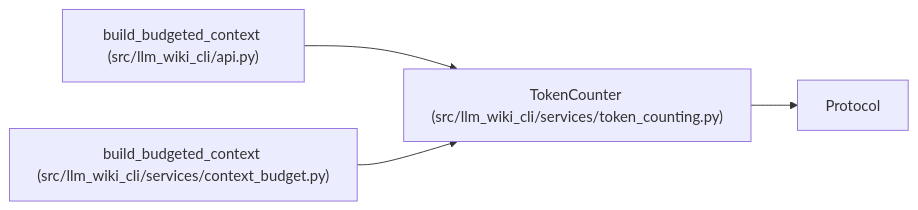
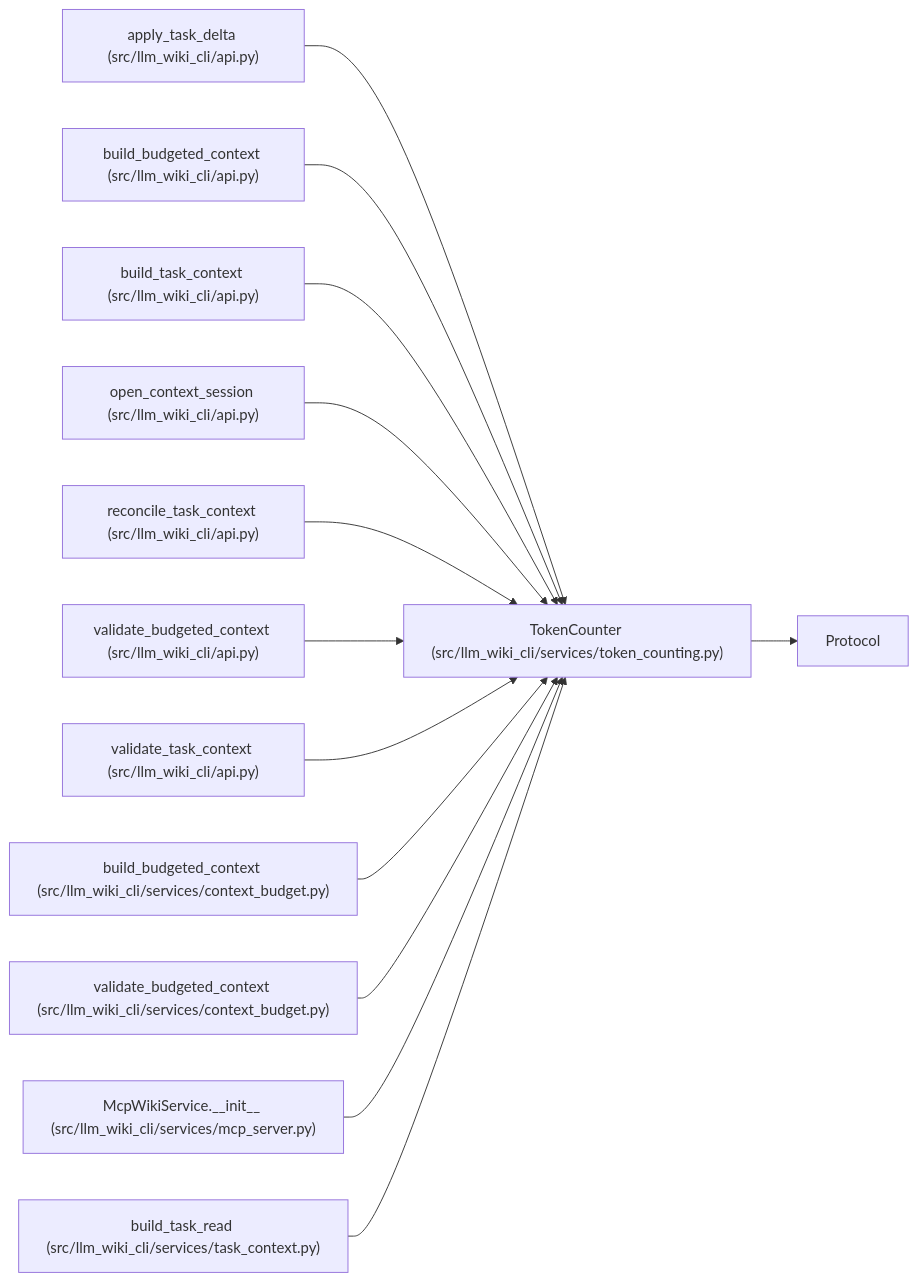
The diagram in docs/llm_wiki/entities/TokenCounter.md (Denissvgn/python-wiki-llm), drawn with Mermaid before and after one commit. The commit also changed other lines of this file and 865 other files, not shown here.

````diff
--- a/docs/llm_wiki/entities/TokenCounter.md
+++ b/docs/llm_wiki/entities/TokenCounter.md
@@ -28,13 +28,40 @@
 ```mermaid
 flowchart LR
     n0["TokenCounter (src/llm_wiki_cli/services/token_counting.py)"]
     n1["Protocol"]
-    n2["build_budgeted_context (src/llm_wiki_cli/api.py)"]
-    n3["build_budgeted_context (src/llm_wiki_cli/services/context_budget.py)"]
+    n2["apply_task_delta (src/llm_wiki_cli/api.py)"]
+    n3["build_budgeted_context (src/llm_wiki_cli/api.py)"]
+    n4["build_task_context (src/llm_wiki_cli/api.py)"]
+    n5["open_context_session (src/llm_wiki_cli/api.py)"]
+    n6["reconcile_task_context (src/llm_wiki_cli/api.py)"]
+    n7["validate_budgeted_context (src/llm_wiki_cli/api.py)"]
+    n8["validate_task_context (src/llm_wiki_cli/api.py)"]
+    n9["build_budgeted_context (src/llm_wiki_cli/services/context_budget.py)"]
+    n10["validate_budgeted_context (src/llm_wiki_cli/services/context_budget.py)"]
+    n11["McpWikiService.__init__ (src/llm_wiki_cli/services/mcp_server.py)"]
+    n12["build_task_read (src/llm_wiki_cli/services/task_context.py)"]
     n0 --> n1
     n2 --> n0
     n3 --> n0
+    n4 --> n0
+    n5 --> n0
+    n6 --> n0
+    n7 --> n0
+    n8 --> n0
+    n9 --> n0
+    n10 --> n0
+    n11 --> n0
+    n12 --> n0
     click n0 "../modules/token_counting.md"
     click n2 "../modules/api.md"
-    click n3 "../modules/context_budget.md"
+    click n3 "../modules/api.md"
+    click n4 "../modules/api.md"
+    click n5 "../modules/api.md"
+    click n6 "../modules/api.md"
+    click n7 "../modules/api.md"
+    click n8 "../modules/api.md"
+    click n9 "../modules/context_budget.md"
+    click n10 "../modules/context_budget.md"
+    click n11 "../modules/mcp_server.md"
+    click n12 "../modules/task_context.md"
 ```
````
